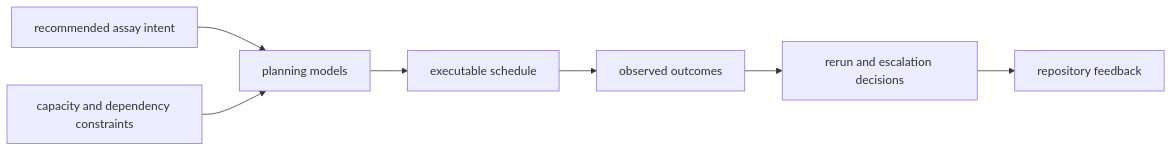
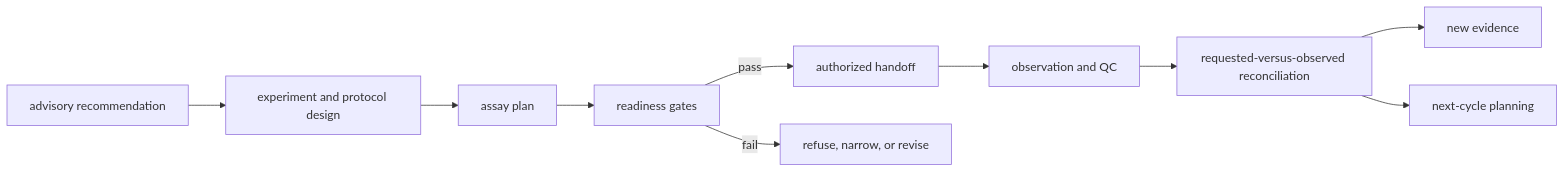
Before and after one commit to bijux/bijux-proteomics: the first of 2 diagrams in docs/07-bijux-proteomics-lab/architecture/index.md, drawn with Mermaid. The commit also changed other lines of this file and 3 other files, not shown here.

````diff
--- a/docs/07-bijux-proteomics-lab/architecture/index.md
+++ b/docs/07-bijux-proteomics-lab/architecture/index.md
@@ -17,14 +17,12 @@
 ```mermaid
 flowchart LR
-    intent["recommended assay intent"]
-    constraints["capacity and dependency constraints"]
-    planning["planning models"]
-    schedule["executable schedule"]
-    outcomes["observed outcomes"]
-    rerun["rerun and escalation decisions"]
-    feedback["repository feedback"]
-
-    intent --> planning
-    constraints --> planning
-    planning --> schedule --> outcomes --> rerun --> feedback
+    R["advisory recommendation"] --> D["experiment and protocol design"]
+    D --> P["assay plan"]
+    P --> G["readiness gates"]
+    G -->|pass| H["authorized handoff"]
+    G -->|fail| F["refuse, narrow, or revise"]
+    H --> O["observation and QC"]
+    O --> C["requested-versus-observed reconciliation"]
+    C --> K["new evidence"]
+    C --> N["next-cycle planning"]
 ```
````
